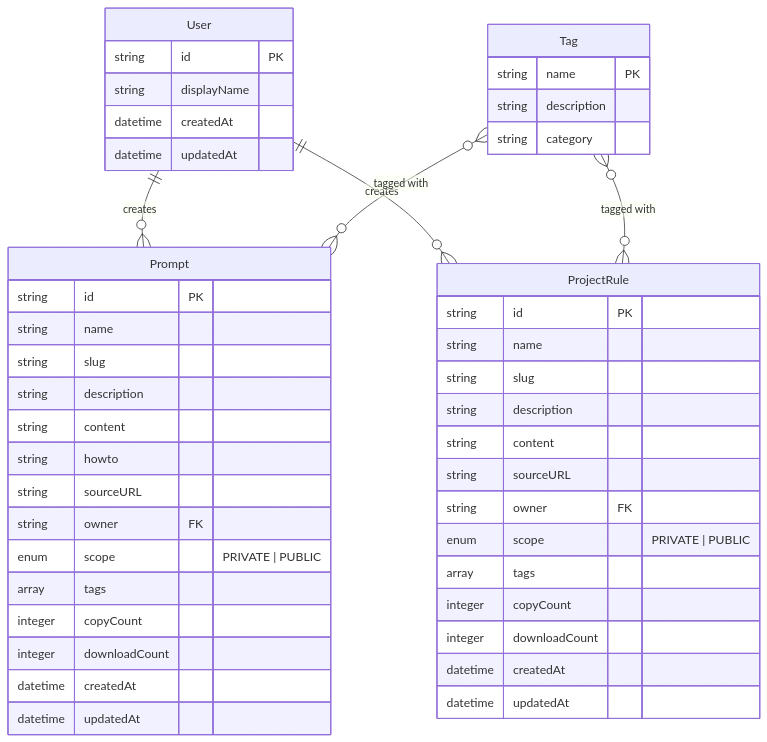
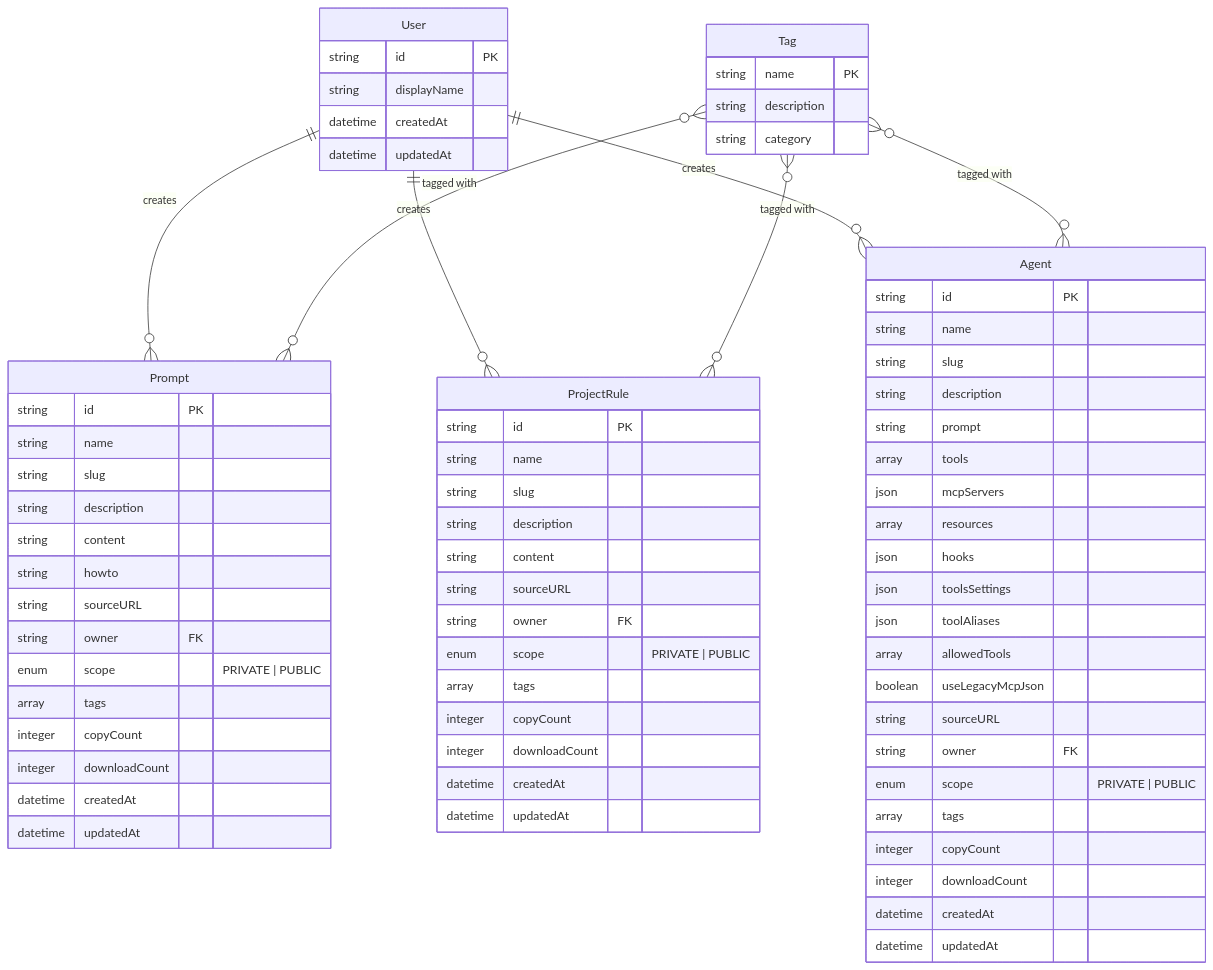
Before and after one commit to cremich/promptz: the second of 5 diagrams in .amazonq/project-intelligence/architecture.md, drawn with Mermaid. The commit also changed other lines of this file and 6 other files, not shown here.

````diff
--- a/.amazonq/project-intelligence/architecture.md
+++ b/.amazonq/project-intelligence/architecture.md
@@ -128,55 +128,81 @@
 ```mermaid
 erDiagram
     User ||--o{ Prompt : creates
     User ||--o{ ProjectRule : creates
+    User ||--o{ Agent : creates
 
     Tag }o--o{ Prompt : "tagged with"
     Tag }o--o{ ProjectRule : "tagged with"
+    Tag }o--o{ Agent : "tagged with"
 
 
     User {
         string id PK
         string displayName
         datetime createdAt
         datetime updatedAt
     }
 
     Prompt {
         string id PK
         string name
         string slug
         string description
         string content
         string howto
         string sourceURL
         string owner FK
         enum scope "PRIVATE | PUBLIC"
         array tags
         integer copyCount
         integer downloadCount
         datetime createdAt
         datetime updatedAt
     }
 
     ProjectRule {
         string id PK
         string name
         string slug
         string description
         string content
         string sourceURL
         string owner FK
         enum scope "PRIVATE | PUBLIC"
         array tags
         integer copyCount
         integer downloadCount
         datetime createdAt
         datetime updatedAt
     }
 
+    Agent {
+        string id PK
+        string name
+        string slug
+        string description
+        string prompt
+        array tools
+        json mcpServers
+        array resources
+        json hooks
+        json toolsSettings
+        json toolAliases
+        array allowedTools
+        boolean useLegacyMcpJson
+        string sourceURL
+        string owner FK
+        enum scope "PRIVATE | PUBLIC"
+        array tags
+        integer copyCount
+        integer downloadCount
+        datetime createdAt
+        datetime updatedAt
+    }
+
     Tag {
         string name PK
         string description
         string category
     }
 ```
````
